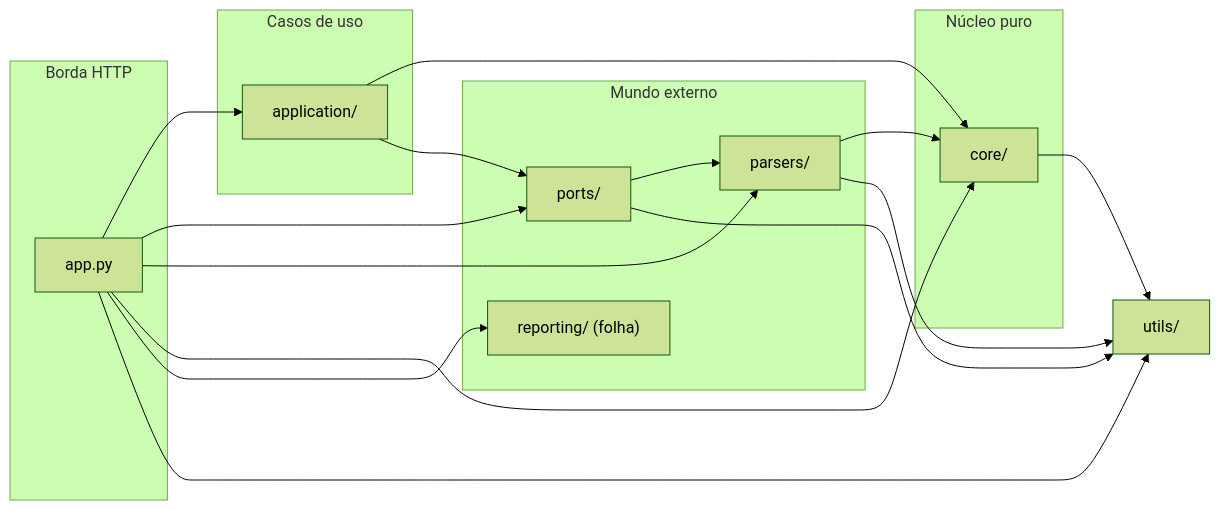
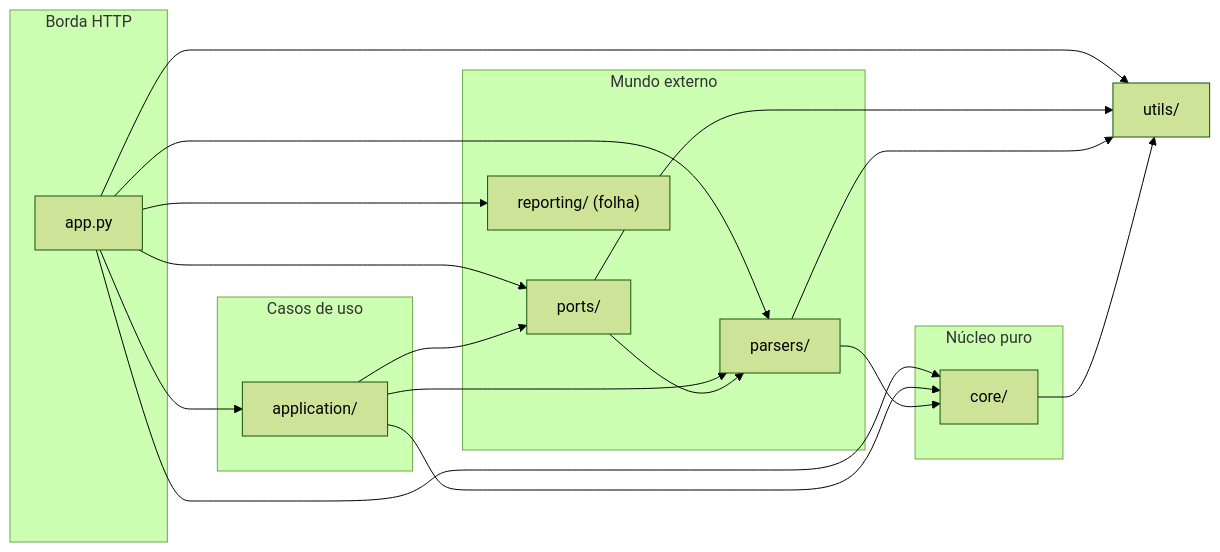
One commit to Adriano1976/reversa-analisador-genealogico changed the fourth of 4 diagrams in README.md. Above: the diagram before and after it, drawn with Mermaid (forest theme). The commit also changed other lines of this file, not shown here.

````diff
--- a/README.md
+++ b/README.md
@@ -205,32 +262,33 @@
 ```mermaid
 flowchart LR
     subgraph borda["Borda HTTP"]
         APP["app.py"]
     end
     subgraph casos["Casos de uso"]
         UC["application/"]
     end
     subgraph externo["Mundo externo"]
         PORTS["ports/"]
         PARSERS["parsers/"]
         REPORT["reporting/ (folha)"]
     end
     subgraph puro["Núcleo puro"]
         CORE["core/"]
     end
     UTILS["utils/"]
 
     APP --> UC
     APP --> PORTS
     APP --> PARSERS
     APP --> CORE
     APP --> REPORT
     APP --> UTILS
     UC --> CORE
     UC --> PORTS
+    UC --> PARSERS
     PORTS --> PARSERS
     PORTS --> UTILS
     PARSERS --> CORE
     PARSERS --> UTILS
     CORE --> UTILS
 ```
````
